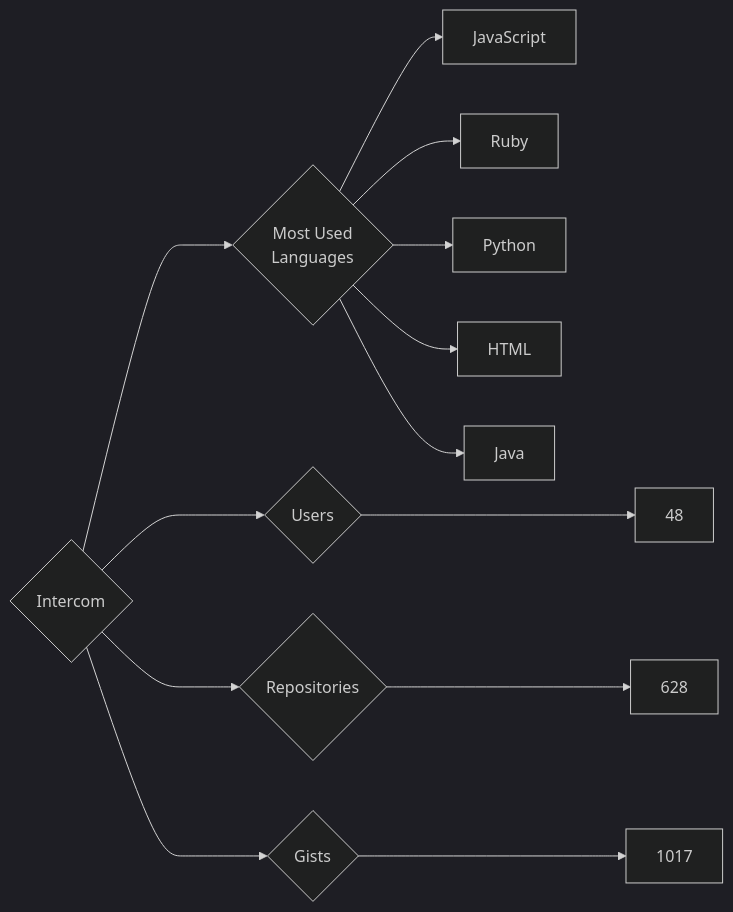
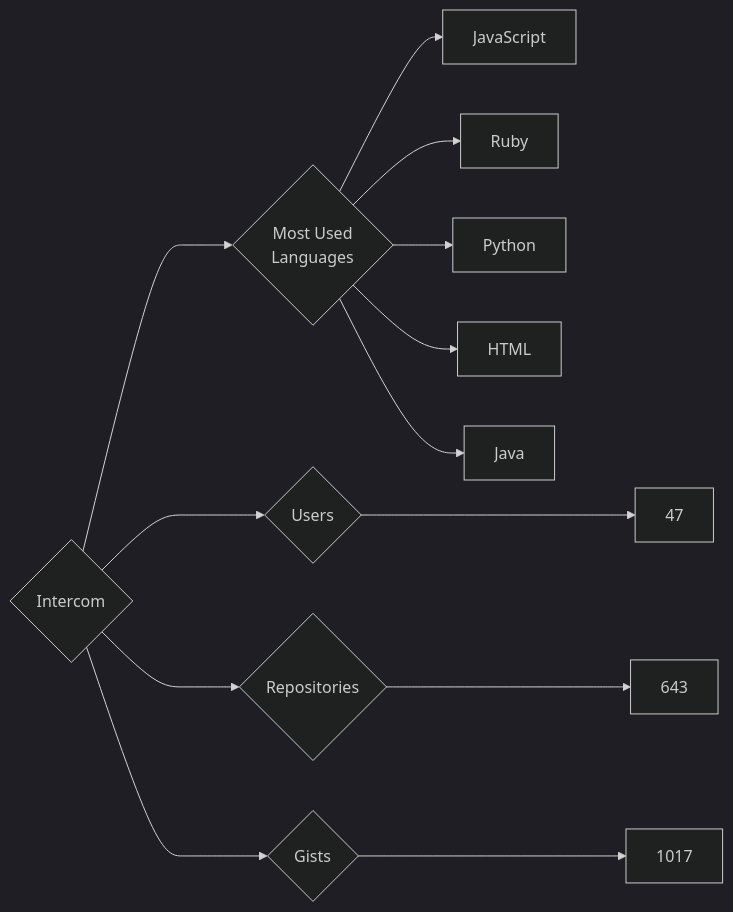
One commit to trickest/insiders changed the diagram in targets/Intercom/README.md. Above: the diagram before and after it, drawn with Mermaid (dark theme). The commit also changed 1195 other files, not shown here.

````diff
--- a/targets/Intercom/README.md
+++ b/targets/Intercom/README.md
@@ -3,13 +3,13 @@
 ```mermaid
 graph LR
 COMPANY_NAME{Intercom}
-COMPANY_NAME ---> U{Users} ---> UN[48]
-COMPANY_NAME ---> R{Repositories} ---> RN[628]
+COMPANY_NAME ---> U{Users} ---> UN[47]
+COMPANY_NAME ---> R{Repositories} ---> RN[643]
 COMPANY_NAME ---> G{Gists} ---> GN[1017]
 COMPANY_NAME ---> ML{Most Used<br>Languages}
 ML --> JavaScript[JavaScript]
 ML --> Ruby[Ruby]
 ML --> Python[Python]
 ML --> HTML[HTML]
 ML --> Java[Java]
 ```
````
